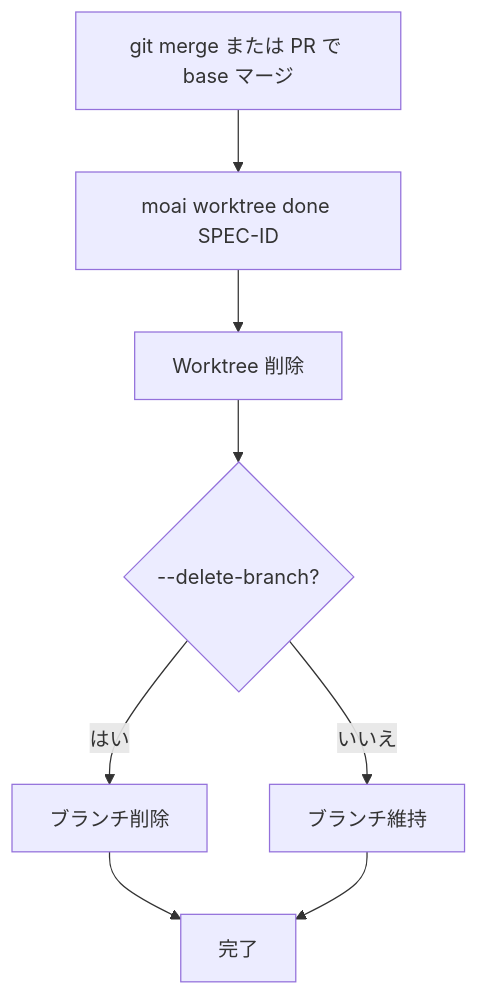
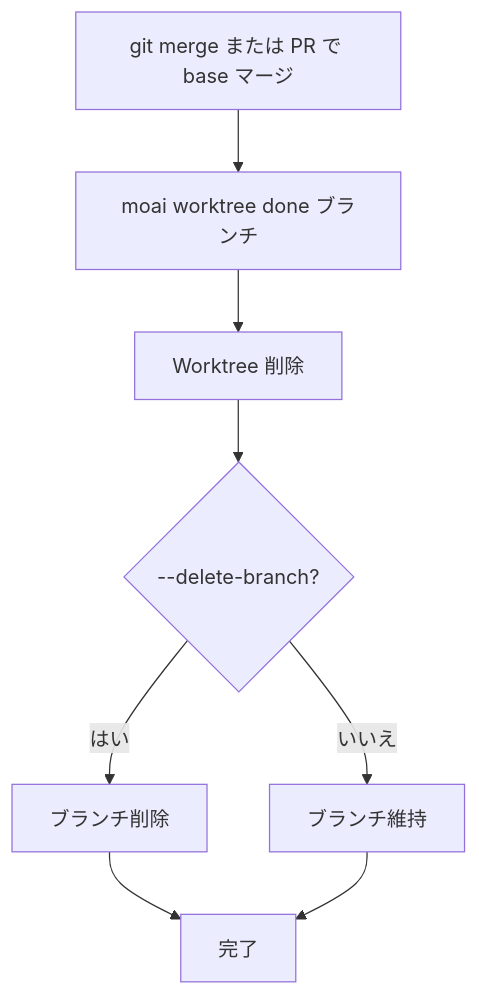
One commit to modu-ai/moai-adk changed the fifth of 9 diagrams in docs-site/content/ja/worktree/faq.md. Above: the diagram before and after it, drawn with Mermaid. The commit also changed other lines of this file and 35 other files, not shown here.

````diff
--- a/docs-site/content/ja/worktree/faq.md
+++ b/docs-site/content/ja/worktree/faq.md
@@ -224,10 +243,10 @@
 ```mermaid
 flowchart TD
-    A[git merge または PR で base マージ] --> B[moai worktree done SPEC-ID]
+    A[git merge または PR で base マージ] --> B[moai worktree done ブランチ]
     B --> C[Worktree 削除]
     C --> D{--delete-branch?}
     D -->|はい| E[ブランチ削除]
     D -->|いいえ| F[ブランチ維持]
     E --> G[完了]
     F --> G[完了]
 ```
````
